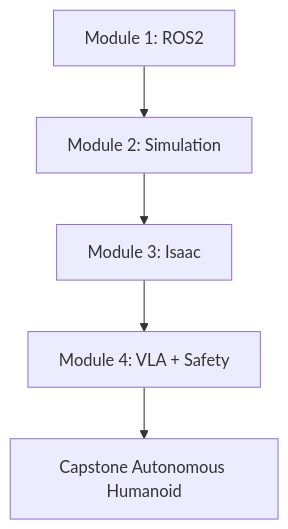
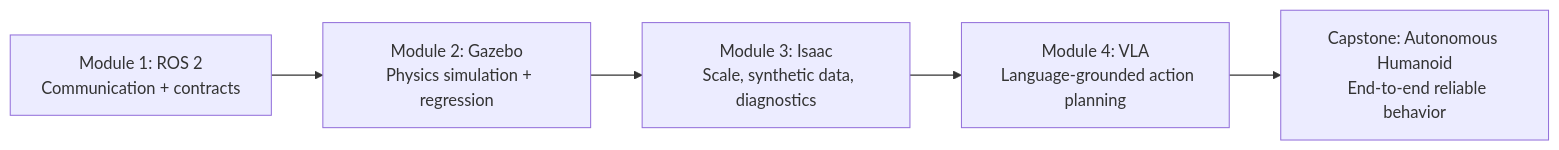
Before and after one commit to MariumAfzal2703/physical-ai-humanoid-robotics-textbook: the diagram in docs/intro.mdx, drawn with Mermaid. The commit also changed other lines of this file and 31 other files, not shown here.

````diff
--- a/docs/intro.mdx
+++ b/docs/intro.mdx
@@ -109,7 +86,16 @@
 ```mermaid
-flowchart TD
-  A[Module 1: ROS2] --> B[Module 2: Simulation]
-  B --> C[Module 3: Isaac]
-  C --> D[Module 4: VLA + Safety]
-  D --> E[Capstone Autonomous Humanoid]
+flowchart LR
+  A[Module 1: ROS 2
+  Communication + contracts] -->
+  B[Module 2: Gazebo
+  Physics simulation + regression]
+  B -->
+  C[Module 3: Isaac
+  Scale, synthetic data, diagnostics]
+  C -->
+  D[Module 4: VLA
+  Language-grounded action planning]
+  D -->
+  E[Capstone: Autonomous Humanoid
+  End-to-end reliable behavior]
 ```
````
